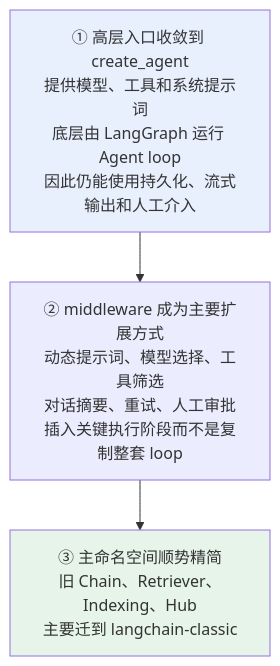
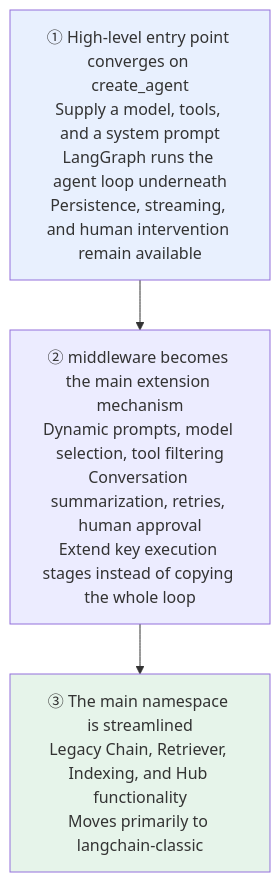
Before and after one commit to oneleaveknowsthefall/awesome-ai-roadmap: the second of 4 diagrams in docs/frameworks/01-langchain/03-ecosystem/11-version-evolution.md, drawn with Mermaid. The commit also changed other lines of this file and 70 other files, not shown here.

````diff
--- a/docs/frameworks/01-langchain/03-ecosystem/11-version-evolution.md
+++ b/docs/frameworks/01-langchain/03-ecosystem/11-version-evolution.md
@@ -83,9 +85,9 @@
 ```mermaid
 flowchart TB
-    A["① 高层入口收敛到 create_agent<br/>提供模型、工具和系统提示词<br/>底层由 LangGraph 运行 Agent loop<br/>因此仍能使用持久化、流式输出和人工介入"]
-    A --> B["② middleware 成为主要扩展方式<br/>动态提示词、模型选择、工具筛选<br/>对话摘要、重试、人工审批<br/>插入关键执行阶段而不是复制整套 loop"]
-    B --> C["③ 主命名空间顺势精简<br/>旧 Chain、Retriever、Indexing、Hub<br/>主要迁到 langchain-classic"]
+    A["① High-level entry point converges on create_agent<br/>Supply a model, tools, and a system prompt<br/>LangGraph runs the agent loop underneath<br/>Persistence, streaming, and human intervention remain available"]
+    A --> B["② middleware becomes the main extension mechanism<br/>Dynamic prompts, model selection, tool filtering<br/>Conversation summarization, retries, human approval<br/>Extend key execution stages instead of copying the whole loop"]
+    B --> C["③ The main namespace is streamlined<br/>Legacy Chain, Retriever, Indexing, and Hub functionality<br/>Moves primarily to langchain-classic"]
 
     style A fill:#e8f0fe
     style C fill:#e6f4ea
 ```
````
